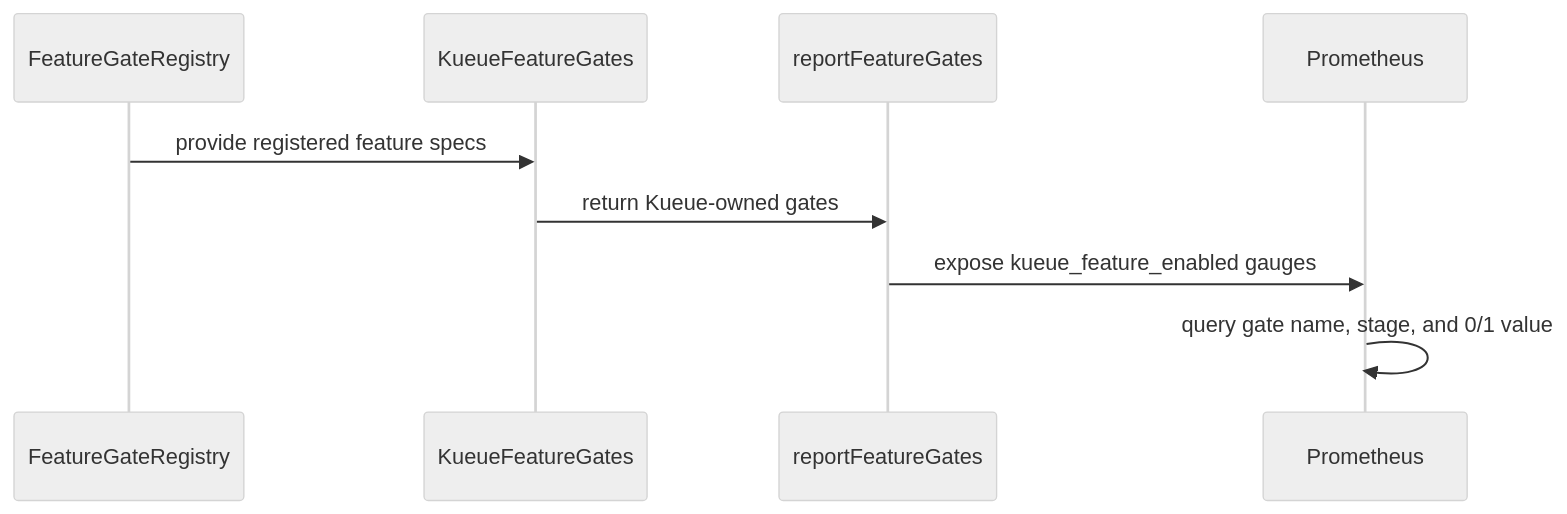
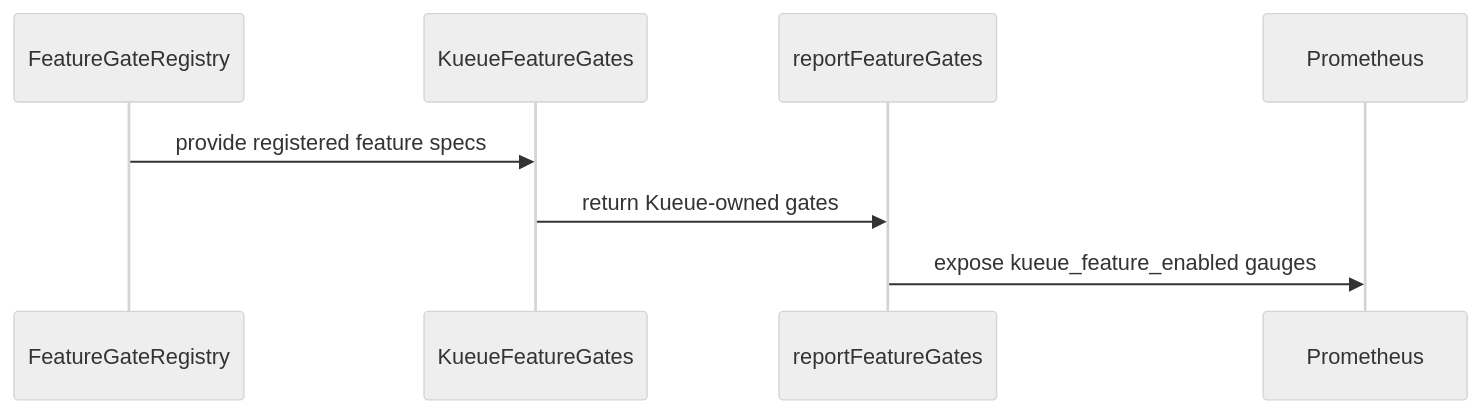
One commit to reruno/kueue-llm-wiki changed the diagram in raw/github/kubernetes-sigs__kueue/pr-15001.md. Above: the diagram before and after it, drawn with Mermaid (neutral theme). The commit also changed other lines of this file and 1586 other files, not shown here.

````diff
--- a/raw/github/kubernetes-sigs__kueue/pr-15001.md
+++ b/raw/github/kubernetes-sigs__kueue/pr-15001.md
@@ -233,11 +198,10 @@
 ```mermaid
 sequenceDiagram
   participant FeatureGateRegistry
   participant KueueFeatureGates
   participant reportFeatureGates
   participant Prometheus
   FeatureGateRegistry->>KueueFeatureGates: provide registered feature specs
   KueueFeatureGates->>reportFeatureGates: return Kueue-owned gates
   reportFeatureGates->>Prometheus: expose kueue_feature_enabled gauges
-  Prometheus->>Prometheus: query gate name, stage, and 0/1 value
 ```
````
